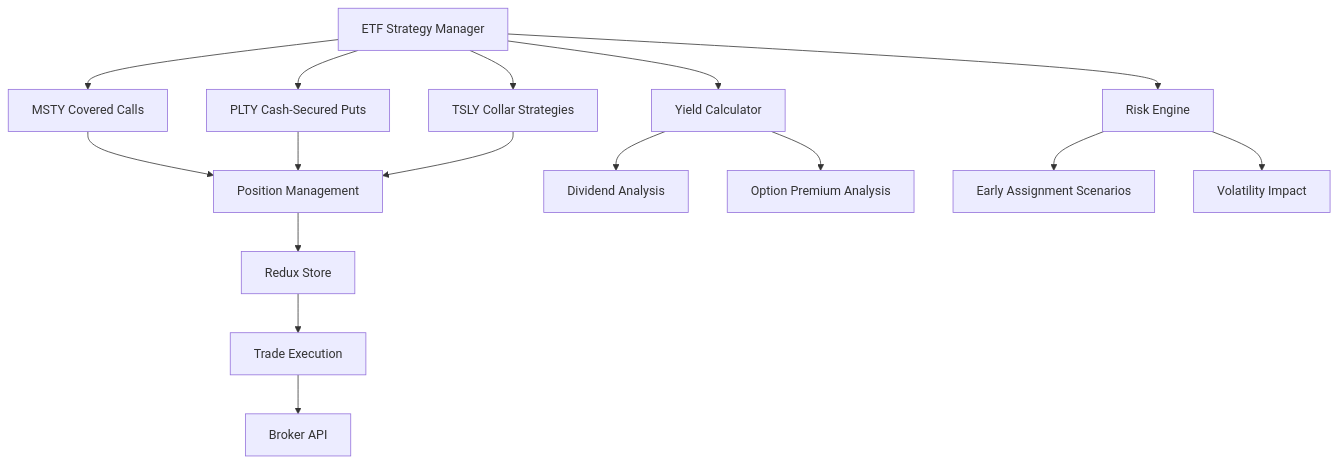
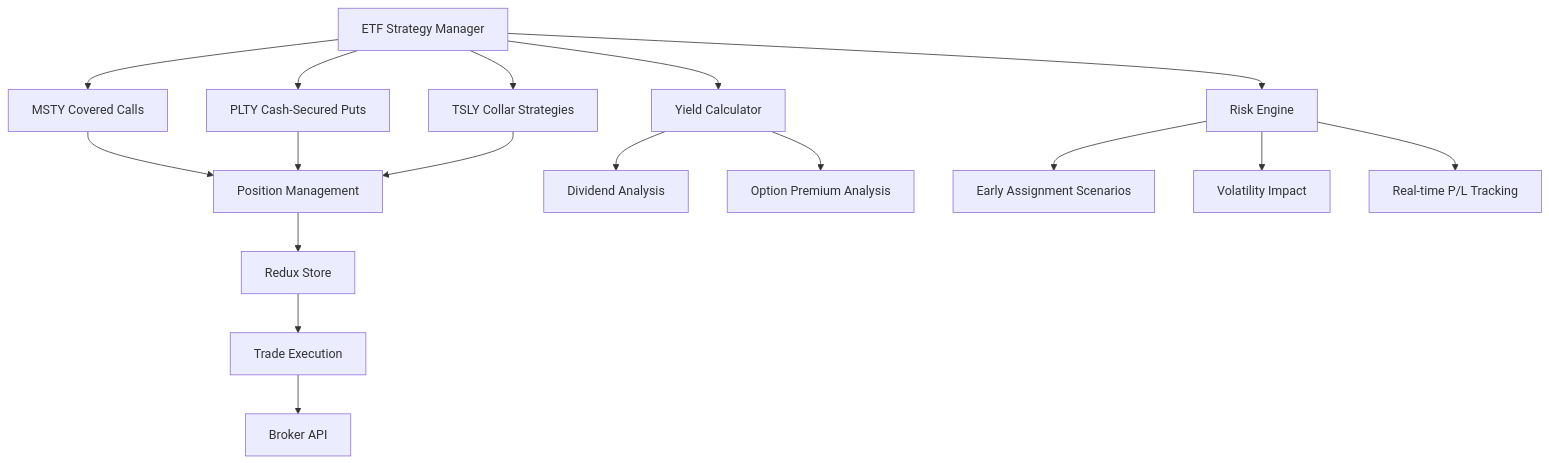
Before and after one commit to SIHLE-MTSHALI/Options_Tutor: the diagram in memlog/ETF_STRATEGY_IMPLEMENTATION_PLAN.md, drawn with Mermaid. The commit also changed other lines of this file and 14 other files, not shown here.

````diff
--- a/memlog/ETF_STRATEGY_IMPLEMENTATION_PLAN.md
+++ b/memlog/ETF_STRATEGY_IMPLEMENTATION_PLAN.md
@@ -10,22 +10,23 @@
 ```mermaid
 graph TD
     A[ETF Strategy Manager] --> B[MSTY Covered Calls]
     A --> C[PLTY Cash-Secured Puts]
     A --> D[TSLY Collar Strategies]
     
     B --> E[Position Management]
     C --> E
     D --> E
     
     E --> F[Redux Store]
     F --> G[Trade Execution]
     G --> H[Broker API]
     
     A --> I[Yield Calculator]
     I --> J[Dividend Analysis]
     I --> K[Option Premium Analysis]
     
     A --> L[Risk Engine]
     L --> M[Early Assignment Scenarios]
     L --> N[Volatility Impact]
+    L --> O[Real-time P/L Tracking]
 ```
````
